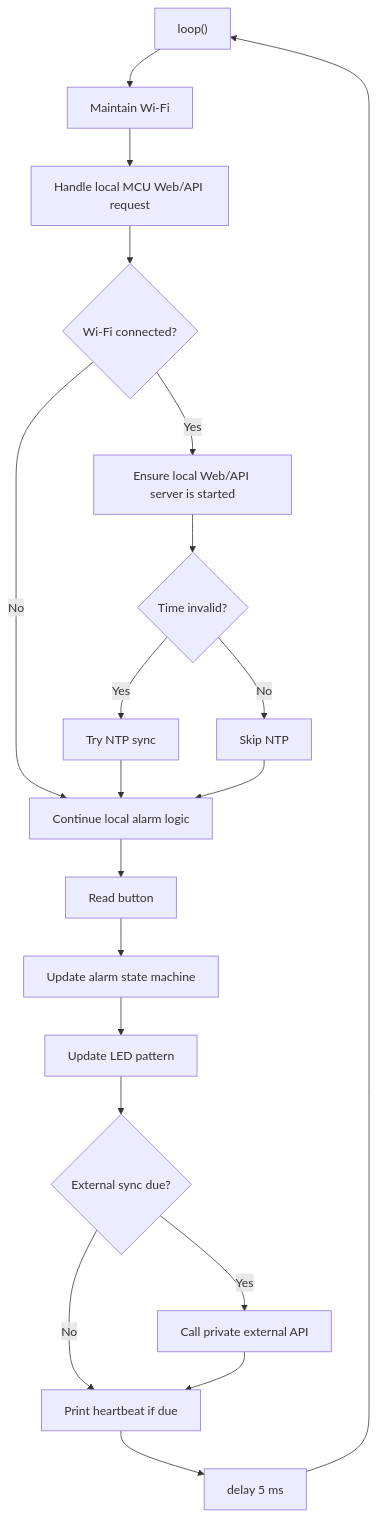
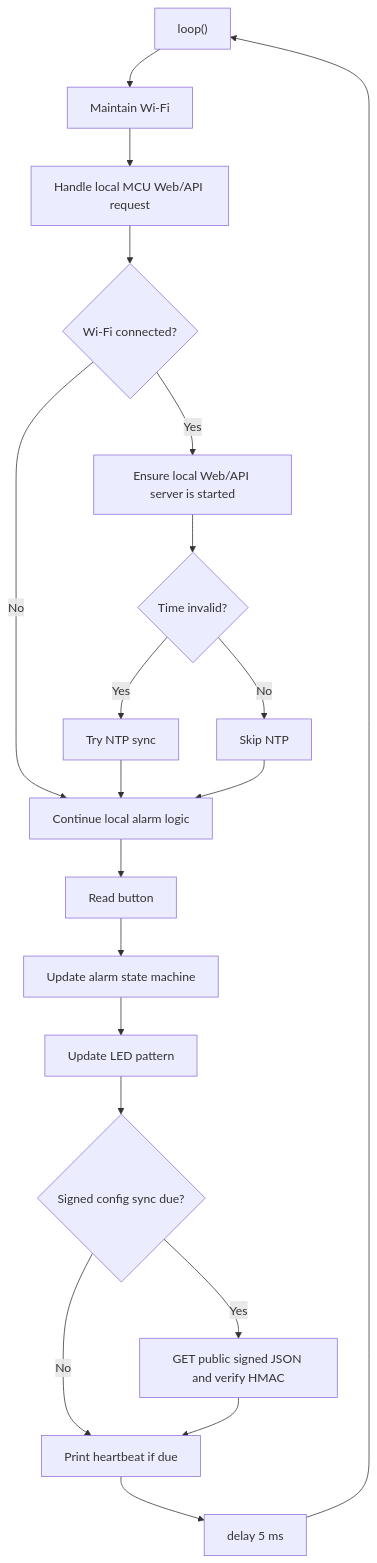
The second of 3 diagrams in docs/MCU_LOGIC.md (terry-eric/esp32c3-clock-web), drawn with Mermaid before and after one commit. The commit also changed other lines of this file and 14 other files, not shown here.

Commit message:
Add signed static MCU config

````diff
--- a/docs/MCU_LOGIC.md
+++ b/docs/MCU_LOGIC.md
@@ -36,22 +40,22 @@
 ```mermaid
 flowchart TD
   A["loop()"] --> B["Maintain Wi-Fi"]
   B --> C["Handle local MCU Web/API request"]
   C --> D{"Wi-Fi connected?"}
   D -- "Yes" --> E["Ensure local Web/API server is started"]
   D -- "No" --> F["Continue local alarm logic"]
   E --> G{"Time invalid?"}
   G -- "Yes" --> H["Try NTP sync"]
   G -- "No" --> I["Skip NTP"]
   H --> F
   I --> F
   F --> J["Read button"]
   J --> K["Update alarm state machine"]
   K --> L["Update LED pattern"]
-  L --> M{"External sync due?"}
-  M -- "Yes" --> N["Call private external API"]
+  L --> M{"Signed config sync due?"}
+  M -- "Yes" --> N["GET public signed JSON and verify HMAC"]
   M -- "No" --> O["Print heartbeat if due"]
   N --> O
   O --> P["delay 5 ms"]
   P --> A
 ```
````
